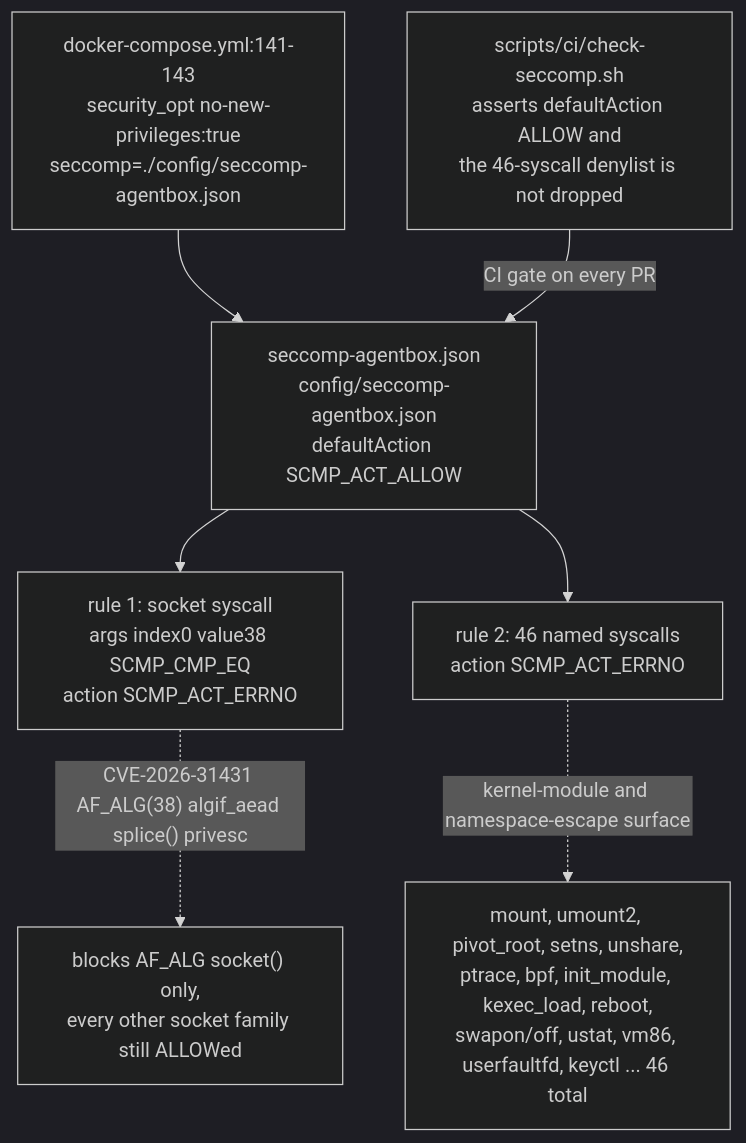
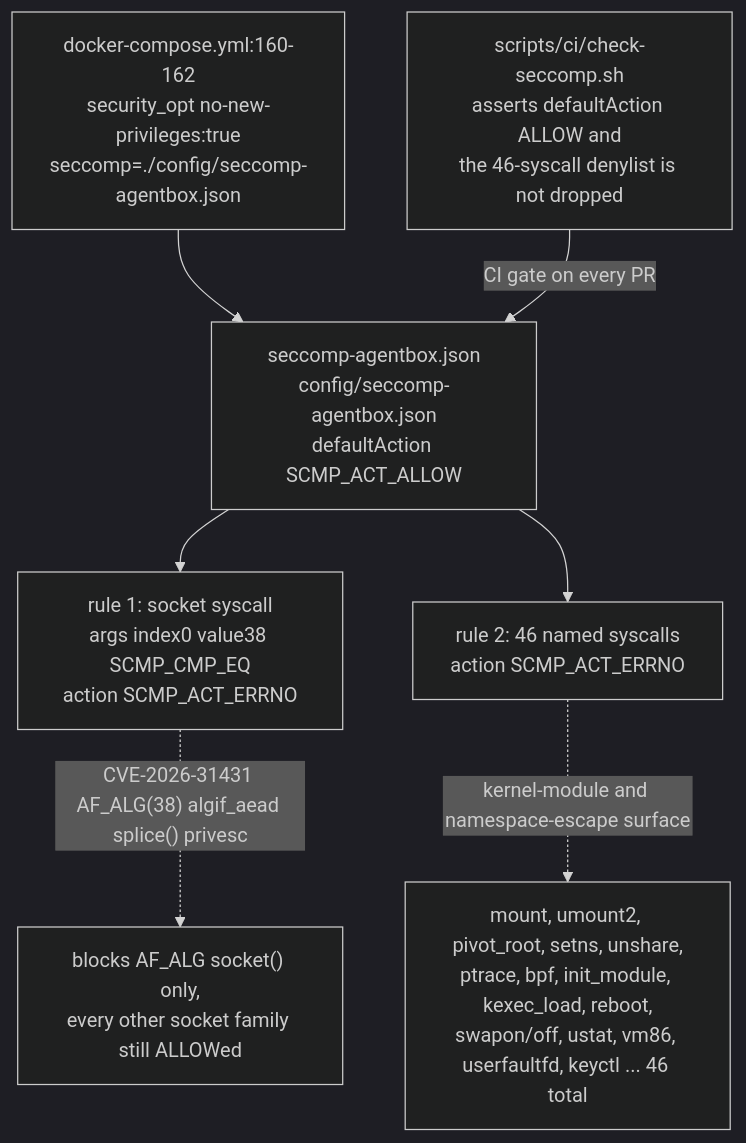
Diagram 16 of 23 in docs/diagrams/agentbox/02-boot-sequence-and-readiness.md (DreamLab-AI/VisionFlow), drawn with Mermaid (dark theme) before and after one commit. The commit also changed other lines of this file and 28 other files, not shown here.

````diff
--- a/docs/diagrams/agentbox/02-boot-sequence-and-readiness.md
+++ b/docs/diagrams/agentbox/02-boot-sequence-and-readiness.md
@@ -526,15 +533,15 @@
 ```mermaid
 flowchart TB
-    COMPOSE["docker-compose.yml:141-143<br/>security_opt no-new-privileges:true<br/>seccomp=./config/seccomp-agentbox.json"]
+    COMPOSE["docker-compose.yml:160-162<br/>security_opt no-new-privileges:true<br/>seccomp=./config/seccomp-agentbox.json"]
     PROFILE["seccomp-agentbox.json<br/>config/seccomp-agentbox.json<br/>defaultAction SCMP_ACT_ALLOW"]
     SOCK["rule 1: socket syscall<br/>args index0 value38 SCMP_CMP_EQ<br/>action SCMP_ACT_ERRNO"]
     DENY["rule 2: 46 named syscalls<br/>action SCMP_ACT_ERRNO"]
     CI["scripts/ci/check-seccomp.sh<br/>asserts defaultAction ALLOW and<br/>the 46-syscall denylist is not dropped"]
 
     COMPOSE --> PROFILE
     PROFILE --> SOCK
     PROFILE --> DENY
     SOCK -.->|"CVE-2026-31431 AF_ALG(38) algif_aead splice() privesc"| SOCKNOTE["blocks AF_ALG socket() only,<br/>every other socket family still ALLOWed"]
     DENY -.->|"kernel-module and namespace-escape surface"| DENYLIST["mount, umount2, pivot_root, setns, unshare,<br/>ptrace, bpf, init_module, kexec_load, reboot,<br/>swapon/off, ustat, vm86, userfaultfd, keyctl ... 46 total"]
     CI -->|"CI gate on every PR"| PROFILE
 ```
````
